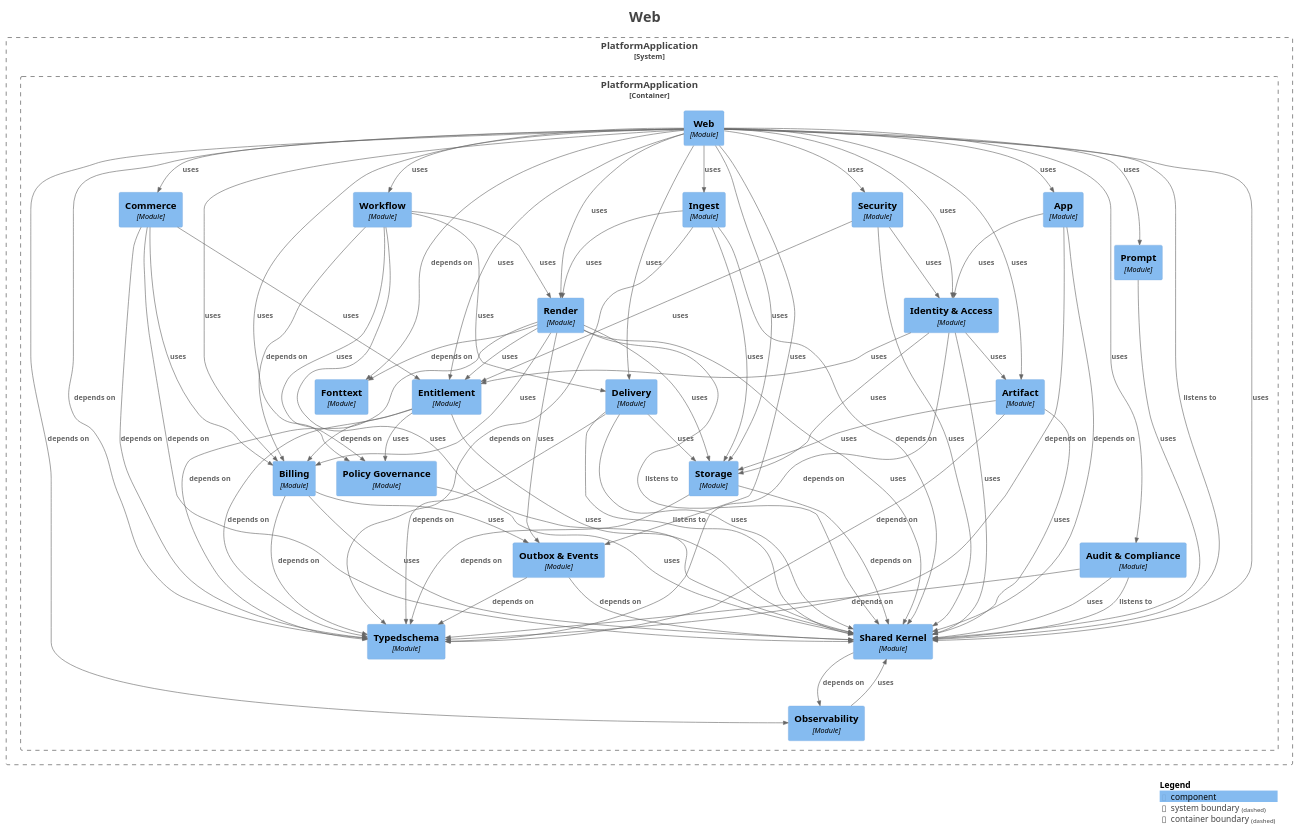
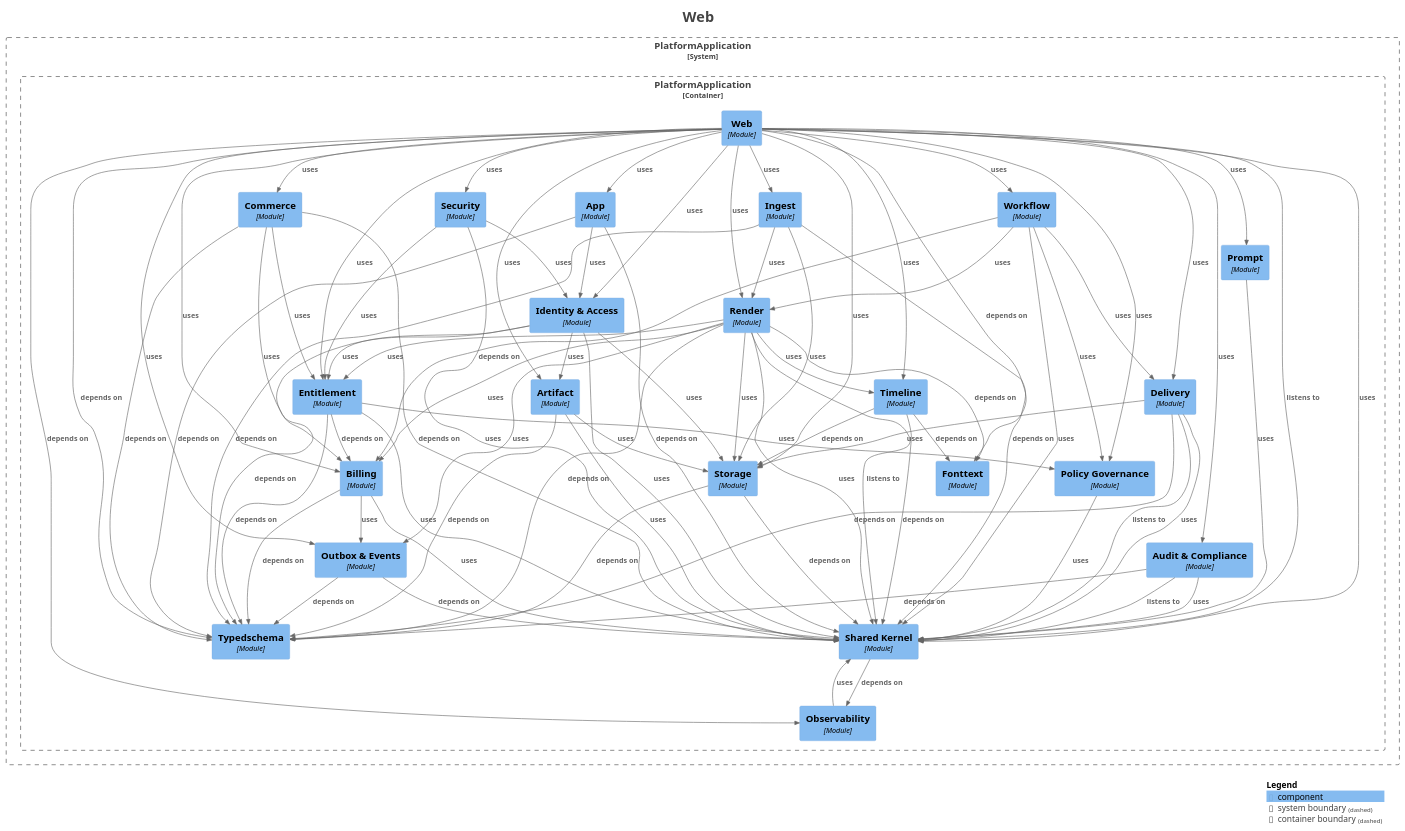
One commit to shangxq007/media-platform changed the diagram in platform-app/docs/architecture/maps/generated/modulith/module-web.puml. Above: the diagram before and after it, drawn with PlantUML. The commit also changed 37 other files, not shown here.

```diff
--- a/platform-app/docs/architecture/maps/generated/modulith/module-web.puml
+++ b/platform-app/docs/architecture/maps/generated/modulith/module-web.puml
@@ -31,6 +31,7 @@
     Component(PlatformApplication.PlatformApplication.Security, "Security", $techn="Module", $descr="", $tags="", $link="")
     Component(PlatformApplication.PlatformApplication.SharedKernel, "Shared Kernel", $techn="Module", $descr="", $tags="", $link="")
     Component(PlatformApplication.PlatformApplication.Storage, "Storage", $techn="Module", $descr="", $tags="", $link="")
+    Component(PlatformApplication.PlatformApplication.Timeline, "Timeline", $techn="Module", $descr="", $tags="", $link="")
     Component(PlatformApplication.PlatformApplication.Typedschema, "Typedschema", $techn="Module", $descr="", $tags="", $link="")
     Component(PlatformApplication.PlatformApplication.Web, "Web", $techn="Module", $descr="", $tags="", $link="")
     Component(PlatformApplication.PlatformApplication.Workflow, "Workflow", $techn="Module", $descr="", $tags="", $link="")
@@ -87,6 +88,7 @@
 Rel(PlatformApplication.PlatformApplication.Render, PlatformApplication.PlatformApplication.SharedKernel, "listens to", $techn="", $tags="", $link="")
 Rel(PlatformApplication.PlatformApplication.Render, PlatformApplication.PlatformApplication.SharedKernel, "uses", $techn="", $tags="", $link="")
 Rel(PlatformApplication.PlatformApplication.Render, PlatformApplication.PlatformApplication.Storage, "uses", $techn="", $tags="", $link="")
+Rel(PlatformApplication.PlatformApplication.Render, PlatformApplication.PlatformApplication.Timeline, "uses", $techn="", $tags="", $link="")
 Rel(PlatformApplication.PlatformApplication.Render, PlatformApplication.PlatformApplication.Typedschema, "depends on", $techn="", $tags="", $link="")
 Rel(PlatformApplication.PlatformApplication.Security, PlatformApplication.PlatformApplication.Entitlement, "uses", $techn="", $tags="", $link="")
 Rel(PlatformApplication.PlatformApplication.Security, PlatformApplication.PlatformApplication.IdentityAccess, "uses", $techn="", $tags="", $link="")
@@ -94,6 +96,9 @@
 Rel(PlatformApplication.PlatformApplication.SharedKernel, PlatformApplication.PlatformApplication.Observability, "depends on", $techn="", $tags="", $link="")
 Rel(PlatformApplication.PlatformApplication.Storage, PlatformApplication.PlatformApplication.SharedKernel, "depends on", $techn="", $tags="", $link="")
 Rel(PlatformApplication.PlatformApplication.Storage, PlatformApplication.PlatformApplication.Typedschema, "depends on", $techn="", $tags="", $link="")
+Rel(PlatformApplication.PlatformApplication.Timeline, PlatformApplication.PlatformApplication.Fonttext, "depends on", $techn="", $tags="", $link="")
+Rel(PlatformApplication.PlatformApplication.Timeline, PlatformApplication.PlatformApplication.SharedKernel, "depends on", $techn="", $tags="", $link="")
+Rel(PlatformApplication.PlatformApplication.Timeline, PlatformApplication.PlatformApplication.Storage, "depends on", $techn="", $tags="", $link="")
 Rel(PlatformApplication.PlatformApplication.Web, PlatformApplication.PlatformApplication.App, "uses", $techn="", $tags="", $link="")
 Rel(PlatformApplication.PlatformApplication.Web, PlatformApplication.PlatformApplication.Artifact, "uses", $techn="", $tags="", $link="")
 Rel(PlatformApplication.PlatformApplication.Web, PlatformApplication.PlatformApplication.AuditCompliance, "uses", $techn="", $tags="", $link="")
@@ -113,6 +118,7 @@
 Rel(PlatformApplication.PlatformApplication.Web, PlatformApplication.PlatformApplication.SharedKernel, "listens to", $techn="", $tags="", $link="")
 Rel(PlatformApplication.PlatformApplication.Web, PlatformApplication.PlatformApplication.SharedKernel, "uses", $techn="", $tags="", $link="")
 Rel(PlatformApplication.PlatformApplication.Web, PlatformApplication.PlatformApplication.Storage, "uses", $techn="", $tags="", $link="")
+Rel(PlatformApplication.PlatformApplication.Web, PlatformApplication.PlatformApplication.Timeline, "uses", $techn="", $tags="", $link="")
 Rel(PlatformApplication.PlatformApplication.Web, PlatformApplication.PlatformApplication.Typedschema, "depends on", $techn="", $tags="", $link="")
 Rel(PlatformApplication.PlatformApplication.Web, PlatformApplication.PlatformApplication.Workflow, "uses", $techn="", $tags="", $link="")
 Rel(PlatformApplication.PlatformApplication.Workflow, PlatformApplication.PlatformApplication.Billing, "depends on", $techn="", $tags="", $link="")
```
